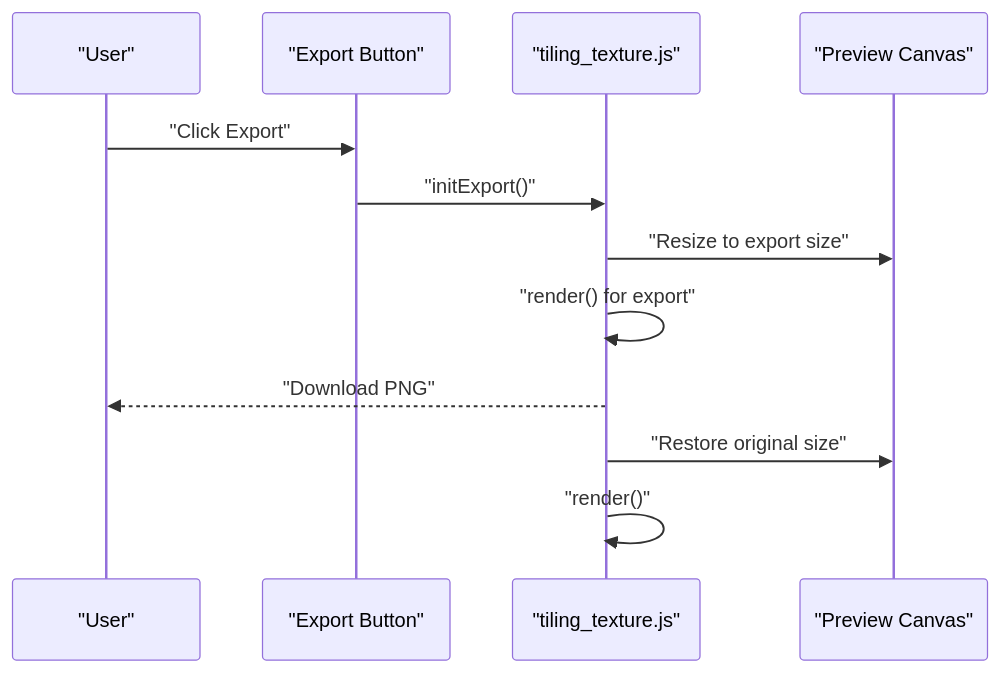
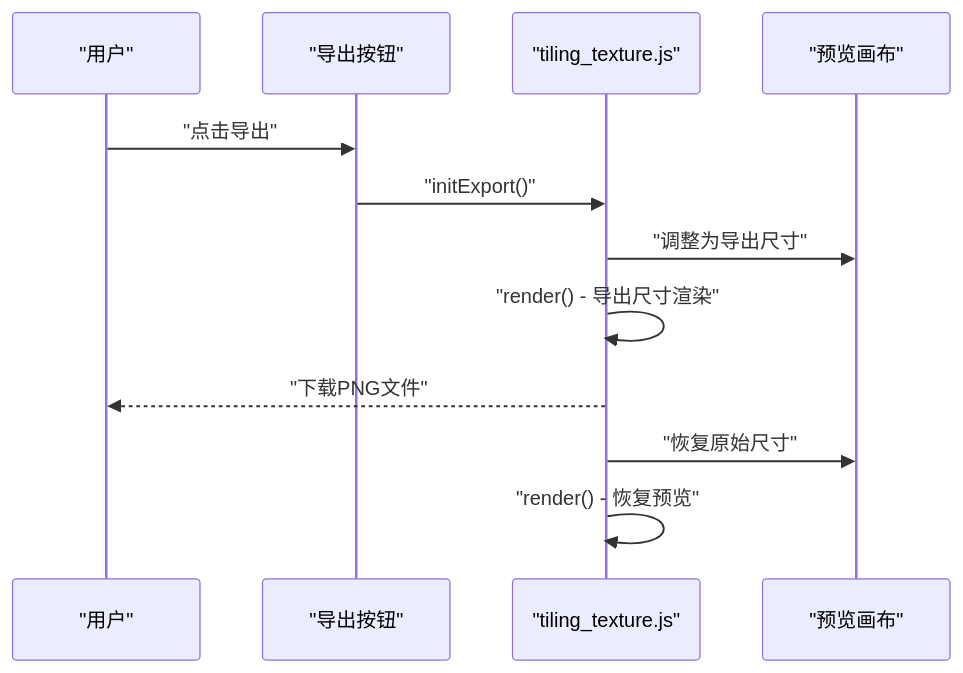
Before and after one commit to treasureGrove/TAWEBTOOL: the seventh of 9 diagrams in .qoder/repowiki/en/content/Image Processing Tools/Tiling Texture Preview.md, drawn with Mermaid. The commit also changed other lines of this file and 30 other files, not shown here.

````diff
--- a/.qoder/repowiki/en/content/Image Processing Tools/Tiling Texture Preview.md
+++ b/.qoder/repowiki/en/content/Image Processing Tools/Tiling Texture Preview.md
@@ -210,14 +228,14 @@
 ```mermaid
 sequenceDiagram
-participant U as "User"
-participant Btn as "Export Button"
+participant U as "用户"
+participant Btn as "导出按钮"
 participant JS as "tiling_texture.js"
-participant PC as "Preview Canvas"
-U->>Btn : "Click Export"
+participant PC as "预览画布"
+U->>Btn : "点击导出"
 Btn->>JS : "initExport()"
-JS->>PC : "Resize to export size"
-JS->>JS : "render() for export"
-JS-->>U : "Download PNG"
-JS->>PC : "Restore original size"
-JS->>JS : "render()"
+JS->>PC : "调整为导出尺寸"
+JS->>JS : "render() - 导出尺寸渲染"
+JS-->>U : "下载PNG文件"
+JS->>PC : "恢复原始尺寸"
+JS->>JS : "render() - 恢复预览"
 ```
````
